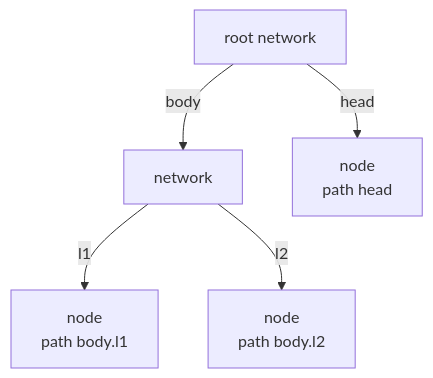
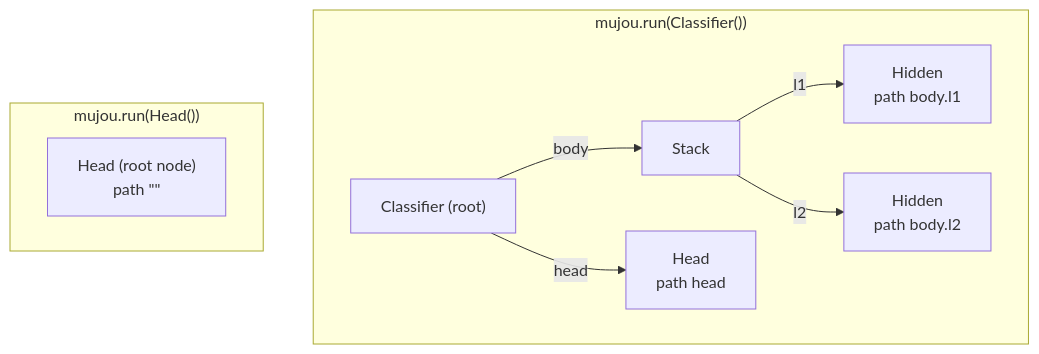
Before and after one commit to Geson-anko/mujou: the fifth of 5 diagrams in docs/en/concepts.md, drawn with Mermaid. The commit also changed other lines of this file and 49 other files, not shown here.

````diff
--- a/docs/en/concepts.md
+++ b/docs/en/concepts.md
@@ -279,7 +119,12 @@
 ```mermaid
 flowchart TB
-    R["root network"] -->|body| B["network"]
-    R -->|head| H["node<br/>path head"]
-    B -->|l1| L1["node<br/>path body.l1"]
-    B -->|l2| L2["node<br/>path body.l2"]
+    subgraph net["mujou.run(Classifier())"]
+        R["Classifier (root)"] -->|body| B["Stack"]
+        R -->|head| H["Head<br/>path head"]
+        B -->|l1| L1["Hidden<br/>path body.l1"]
+        B -->|l2| L2["Hidden<br/>path body.l2"]
+    end
+    subgraph one["mujou.run(Head())"]
+        N["Head (root node)<br/>path #quot;#quot;"]
+    end
 ```
````
